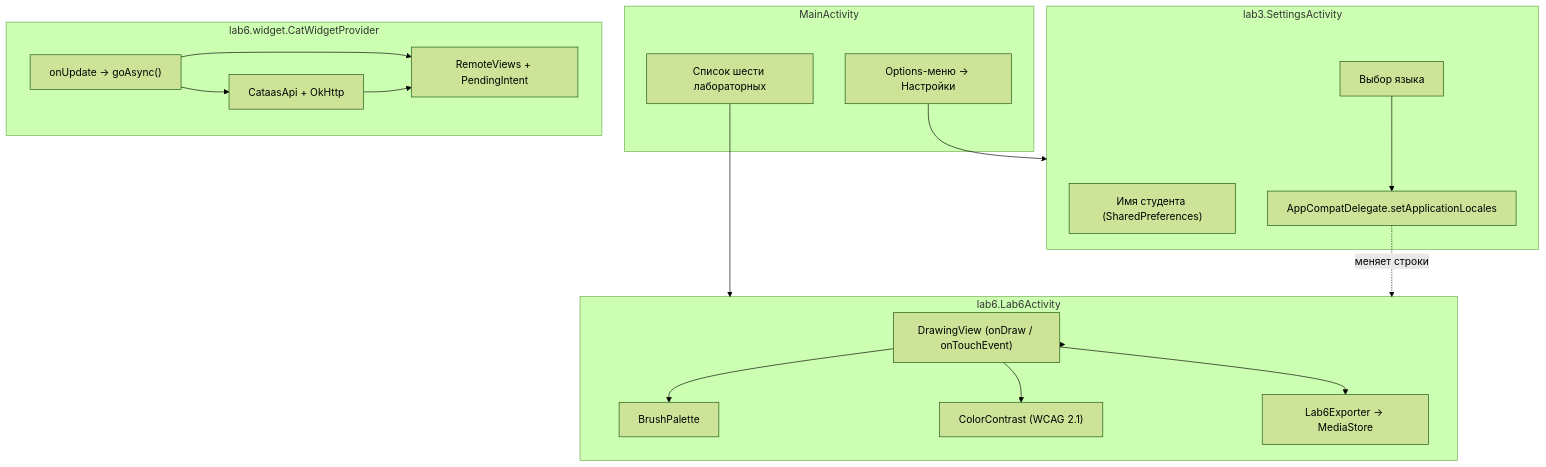
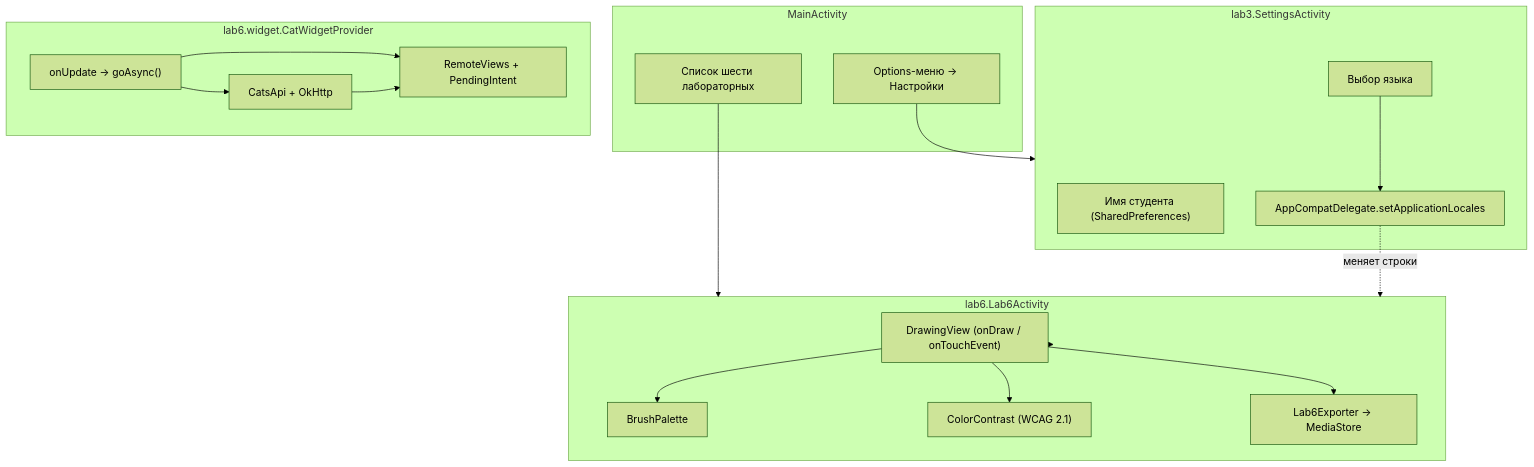
Before and after one commit to devcustrom/Android-education: the diagram in docs/06-lab-canvas-widget.md, drawn with Mermaid (forest theme). The commit also changed other lines of this file and 32 other files, not shown here.

````diff
--- a/docs/06-lab-canvas-widget.md
+++ b/docs/06-lab-canvas-widget.md
@@ -60,37 +60,37 @@
 ```mermaid
 flowchart TD
     subgraph MAIN["MainActivity"]
         LIST["Список шести лабораторных"]
         MENU["Options-меню → Настройки"]
     end
 
     subgraph SETTINGS["lab3.SettingsActivity"]
         NAME["Имя студента (SharedPreferences)"]
         LANG["Выбор языка"]
         APPLY["AppCompatDelegate.setApplicationLocales"]
     end
 
     subgraph LAB6["lab6.Lab6Activity"]
         DV["DrawingView (onDraw / onTouchEvent)"]
         PAL["BrushPalette"]
         CC["ColorContrast (WCAG 2.1)"]
         EXP["Lab6Exporter → MediaStore"]
     end
 
     subgraph WIDGET["lab6.widget.CatWidgetProvider"]
         UPD["onUpdate → goAsync()"]
         RV["RemoteViews + PendingIntent"]
-        NET["CataasApi + OkHttp"]
+        NET["CatsApi + OkHttp"]
     end
 
     MENU --> SETTINGS
     LIST --> LAB6
     LANG --> APPLY
     LAB6 --> DV --> PAL
     DV --> CC
     DV --> EXP
     UPD --> RV
     UPD --> NET
     NET --> RV
     APPLY -. меняет строки .-> LAB6
 ```
````
